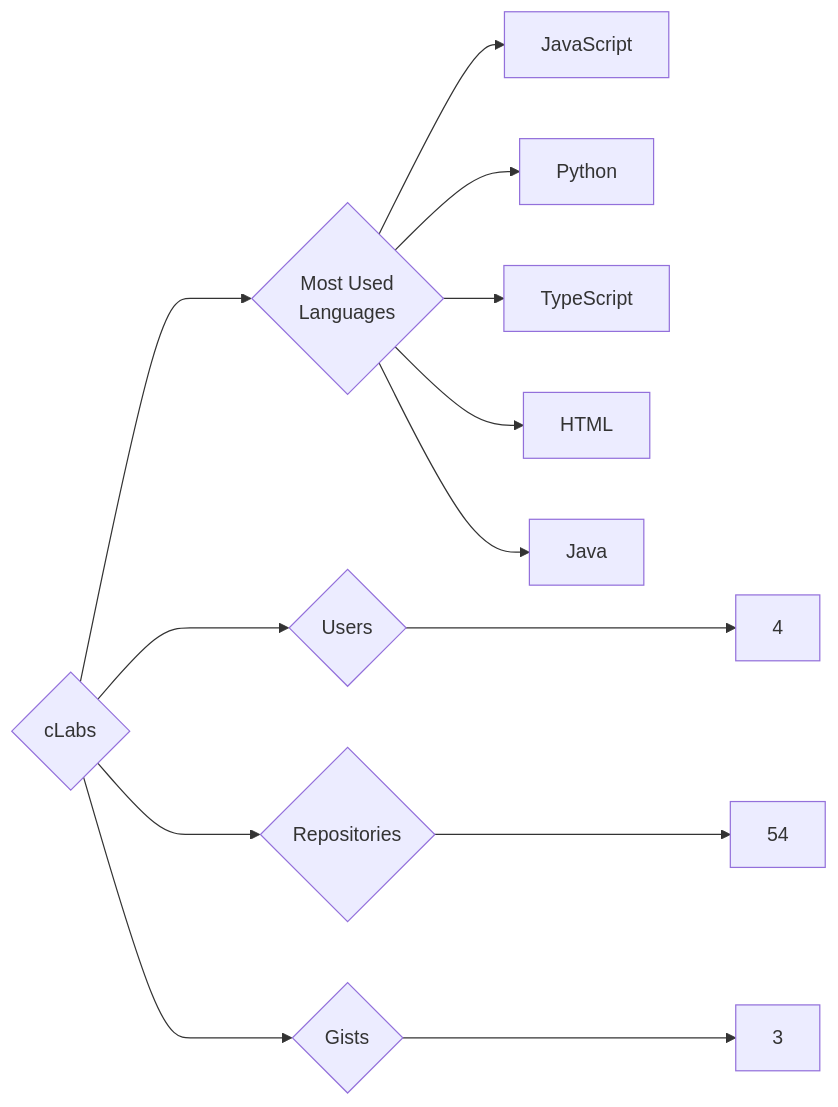
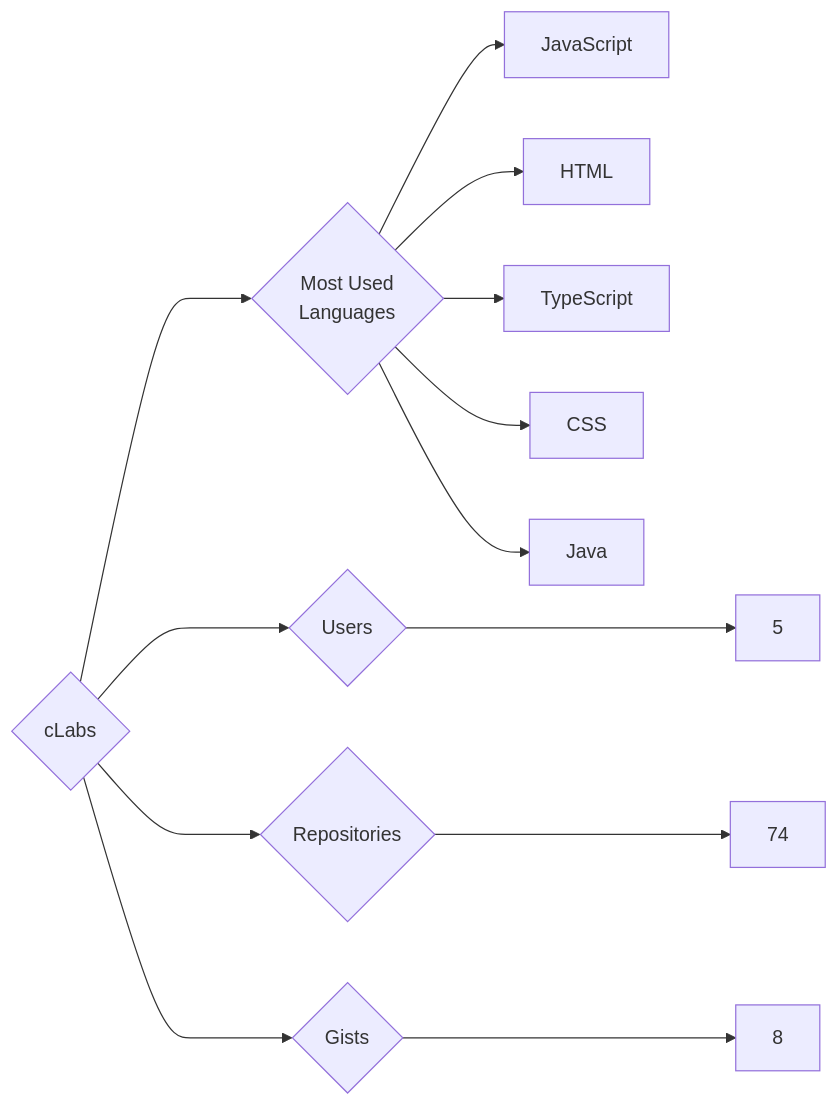
One commit to trickest/insiders changed the diagram in targets/cLabs/README.md. Above: the diagram before and after it, drawn with Mermaid. The commit also changed 724 other files, not shown here.

````diff
--- a/targets/cLabs/README.md
+++ b/targets/cLabs/README.md
@@ -3,13 +3,13 @@
 ```mermaid
 graph LR
 COMPANY_NAME{cLabs}
-COMPANY_NAME ---> U{Users} ---> UN[4]
-COMPANY_NAME ---> R{Repositories} ---> RN[54]
-COMPANY_NAME ---> G{Gists} ---> GN[3]
+COMPANY_NAME ---> U{Users} ---> UN[5]
+COMPANY_NAME ---> R{Repositories} ---> RN[74]
+COMPANY_NAME ---> G{Gists} ---> GN[8]
 COMPANY_NAME ---> ML{Most Used<br>Languages}
 ML --> JavaScript[JavaScript]
-ML --> Python[Python]
+ML --> HTML[HTML]
 ML --> TypeScript[TypeScript]
-ML --> HTML[HTML]
+ML --> CSS[CSS]
 ML --> Java[Java]
 ```
````
